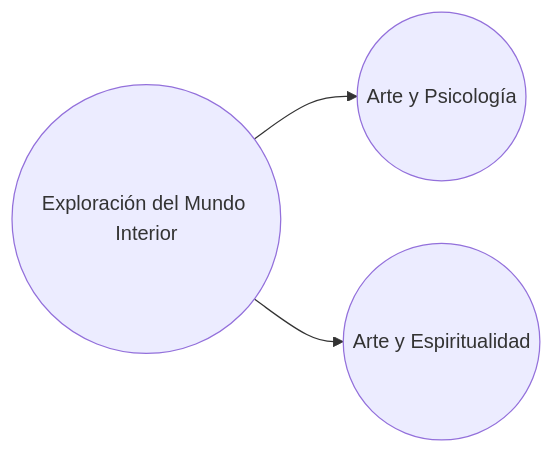
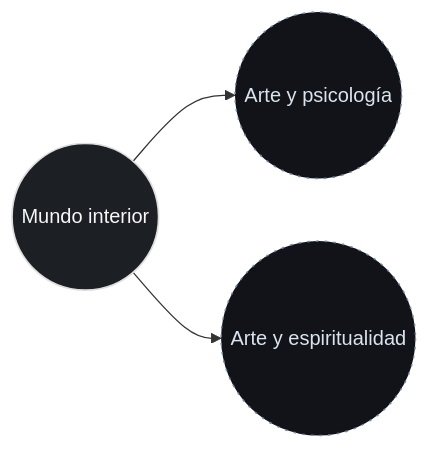
One commit to EGGS-Artesvisuales/EGGS-Artesvisuales.github.io changed the third of 3 diagrams in ES/diagrama.md. Above: the diagram before and after it, drawn with Mermaid. The commit also changed other lines of this file, not shown here.

```diff
--- a/ES/diagrama.md
+++ b/ES/diagrama.md
@@ -194,12 +195,13 @@
 <div class="mermaid">
 graph LR
-  C((Exploración del Mundo Interior)) --> C1((Arte y Psicología))
-  C --> C2((Arte y Espiritualidad))
+  C((Mundo interior)) --> C1((Arte y psicología))
+  C --> C2((Arte y espiritualidad))
 
-  %% Enlaces (existentes)
-  click C "interior.html" "Ir a Exploración del Mundo Interior"
+  classDef published fill:#1c1f24,stroke:#dedede,color:#f7f7f7,stroke-width:1.35px;
+  classDef research fill:#111318,stroke:#6f89a6,color:#dbe4ee,stroke-width:1.2px,stroke-dasharray:2 5;
 
-  %% Enlaces (no existentes aún -> en construcción)
-  click C1 "en-construccion.html" "En construcción"
-  click C2 "en-construccion.html" "En construcción"
+  class C published;
+  class C1,C2 research;
+
+  click C "/ES/interior.html" "Ir a Mundo interior"
 </div>
```
